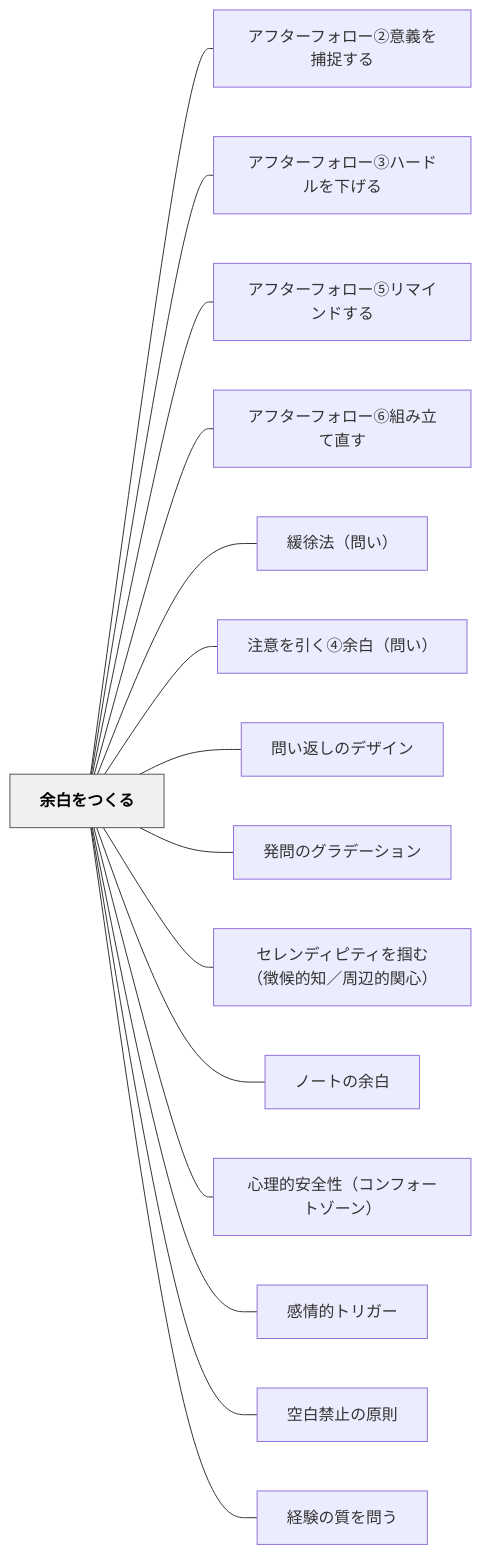
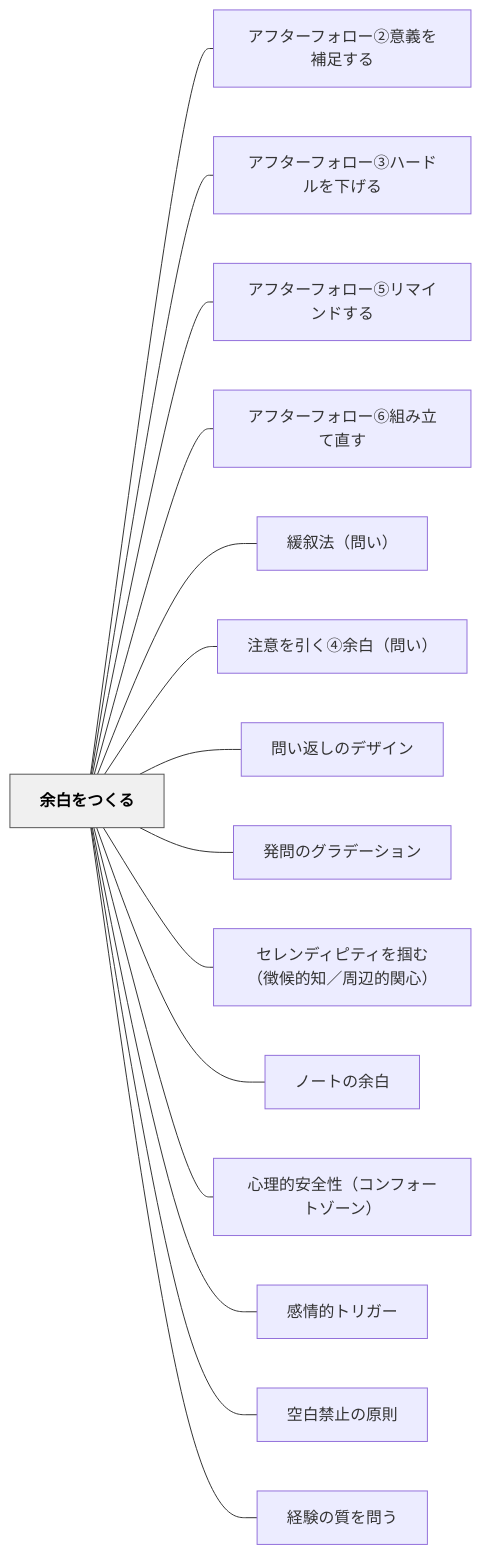
The diagram in content/パタン/余白をつくる.md (unknownthings-ed-patterns/unknownthings-ed-patterns), drawn with Mermaid before and after one commit. The commit also changed other lines of this file and 28 other files, not shown here.

````diff
--- a/content/パタン/余白をつくる.md
+++ b/content/パタン/余白をつくる.md
@@ -107,36 +107,36 @@
 ```mermaid
 flowchart LR
     ne4bd99e799bde38292e381a4e3818fe3828b["余白をつくる"]
-    ne382a2e38395e382bfe383bce38395e382a9e383ade383bce291a1e6848fe7bea9e38292e68d95e68d89e38199e3828b["アフターフォロー②意義を捕捉する"]
+    ne382a2e38395e382bfe383bce38395e382a9e383ade383bce291a1e6848fe7bea9e38292e8a39ce8b6b3e38199e3828b["アフターフォロー②意義を補足する"]
     ne382a2e38395e382bfe383bce38395e382a9e383ade383bce291a2e3838fe383bce38389e383abe38292e4b88be38192e3828b["アフターフォロー③ハードルを下げる"]
     ne382a2e38395e382bfe383bce38395e382a9e383ade383bce291a4e383aae3839ee382a4e383b3e38389e38199e3828b["アフターフォロー⑤リマインドする"]
     ne382a2e38395e382bfe383bce38395e382a9e383ade383bce291a5e7b584e381bfe7ab8be381a6e79bb4e38199["アフターフォロー⑥組み立て直す"]
-    ne7b7a9e5be90e6b395efbc88e5958fe38184efbc89["緩徐法（問い）"]
+    ne7b7a9e58f99e6b395efbc88e5958fe38184efbc89["緩叙法（問い）"]
     ne6b3a8e6848fe38292e5bc95e3818fe291a3e4bd99e799bdefbc88e5958fe38184efbc89["注意を引く④余白（問い）"]
     ne5958fe38184e8bf94e38197e381aee38387e382b6e382a4e383b3["問い返しのデザイン"]
     ne799bae5958fe381aee382b0e383a9e38387e383bce382b7e383a7e383b3["発問のグラデーション"]
     ne382bbe383ace383b3e38387e382a3e38394e38386e382a3e38292e68eb4e38280efbc88e5beb4e58099e79a84e79fa5efbc8fe591a8e8bebae79a84e996a2e5bf83efbc89["セレンディピティを掴む（徴候的知／周辺的関心）"]
     ne3838ee383bce38388e381aee4bd99e799bd["ノートの余白"]
     ne5bf83e79086e79a84e5ae89e585a8e680a7efbc88e382b3e383b3e38395e382a9e383bce38388e382bee383bce383b3efbc89["心理的安全性（コンフォートゾーン）"]
     ne6849fe68385e79a84e38388e383aae382ace383bc["感情的トリガー"]
     ne7a9bae799bde7a681e6ada2e381aee58e9fe58987["空白禁止の原則"]
     ne7b58ce9a893e381aee8b3aae38292e5958fe38186["経験の質を問う"]
 
-    ne4bd99e799bde38292e381a4e3818fe3828b --- ne382a2e38395e382bfe383bce38395e382a9e383ade383bce291a1e6848fe7bea9e38292e68d95e68d89e38199e3828b
+    ne4bd99e799bde38292e381a4e3818fe3828b --- ne382a2e38395e382bfe383bce38395e382a9e383ade383bce291a1e6848fe7bea9e38292e8a39ce8b6b3e38199e3828b
     ne4bd99e799bde38292e381a4e3818fe3828b --- ne382a2e38395e382bfe383bce38395e382a9e383ade383bce291a2e3838fe383bce38389e383abe38292e4b88be38192e3828b
     ne4bd99e799bde38292e381a4e3818fe3828b --- ne382a2e38395e382bfe383bce38395e382a9e383ade383bce291a4e383aae3839ee382a4e383b3e38389e38199e3828b
     ne4bd99e799bde38292e381a4e3818fe3828b --- ne382a2e38395e382bfe383bce38395e382a9e383ade383bce291a5e7b584e381bfe7ab8be381a6e79bb4e38199
-    ne4bd99e799bde38292e381a4e3818fe3828b --- ne7b7a9e5be90e6b395efbc88e5958fe38184efbc89
+    ne4bd99e799bde38292e381a4e3818fe3828b --- ne7b7a9e58f99e6b395efbc88e5958fe38184efbc89
     ne4bd99e799bde38292e381a4e3818fe3828b --- ne6b3a8e6848fe38292e5bc95e3818fe291a3e4bd99e799bdefbc88e5958fe38184efbc89
     ne4bd99e799bde38292e381a4e3818fe3828b --- ne5958fe38184e8bf94e38197e381aee38387e382b6e382a4e383b3
     ne4bd99e799bde38292e381a4e3818fe3828b --- ne799bae5958fe381aee382b0e383a9e38387e383bce382b7e383a7e383b3
     ne4bd99e799bde38292e381a4e3818fe3828b --- ne382bbe383ace383b3e38387e382a3e38394e38386e382a3e38292e68eb4e38280efbc88e5beb4e58099e79a84e79fa5efbc8fe591a8e8bebae79a84e996a2e5bf83efbc89
     ne4bd99e799bde38292e381a4e3818fe3828b --- ne3838ee383bce38388e381aee4bd99e799bd
     ne4bd99e799bde38292e381a4e3818fe3828b --- ne5bf83e79086e79a84e5ae89e585a8e680a7efbc88e382b3e383b3e38395e382a9e383bce38388e382bee383bce383b3efbc89
     ne4bd99e799bde38292e381a4e3818fe3828b --- ne6849fe68385e79a84e38388e383aae382ace383bc
     ne4bd99e799bde38292e381a4e3818fe3828b --- ne7a9bae799bde7a681e6ada2e381aee58e9fe58987
     ne4bd99e799bde38292e381a4e3818fe3828b --- ne7b58ce9a893e381aee8b3aae38292e5958fe38186
 
     classDef hub fill:#f0f0f0,stroke:#555,color:#000,font-weight:bold
     class ne4bd99e799bde38292e381a4e3818fe3828b hub
 ```
````
